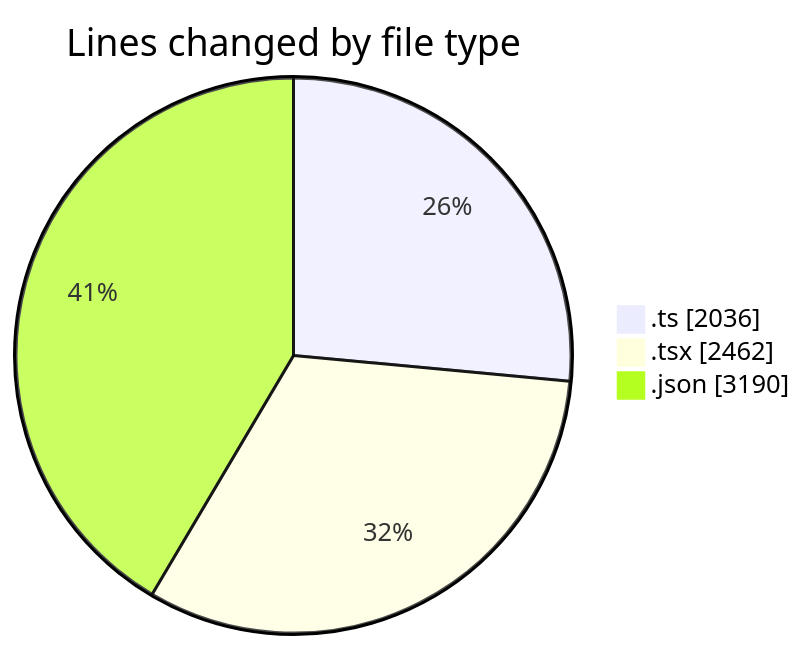
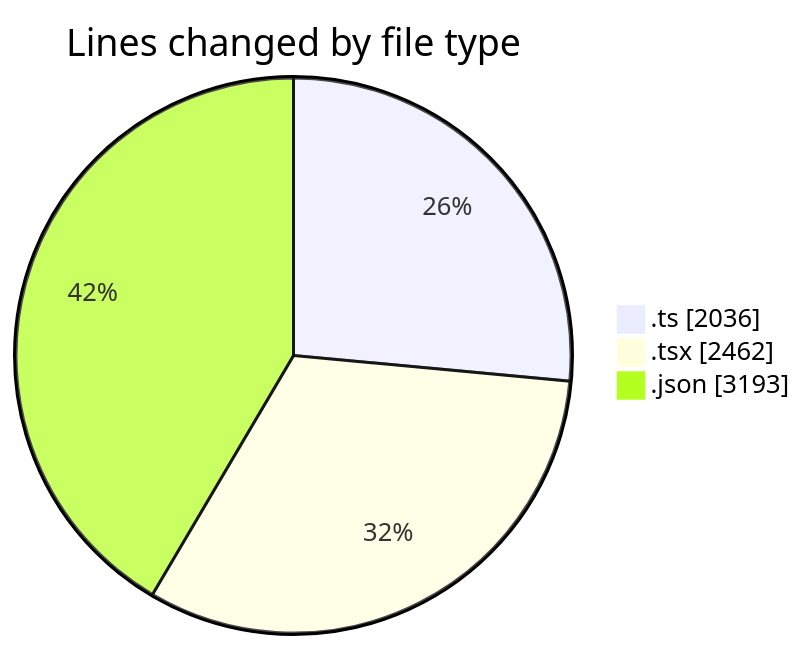
The first of 2 diagrams in 2025-10-23/eventscop-frontend-guide__workspace_/README.md (julien-gomy/code-tracking), drawn with Mermaid before and after one commit. The commit also changed other lines of this file and 1 other file, not shown here.

````diff
--- a/2025-10-23/eventscop-frontend-guide__workspace_/README.md
+++ b/2025-10-23/eventscop-frontend-guide__workspace_/README.md
@@ -37,7 +37,7 @@
 ```mermaid
 pie showData
 title Lines changed by file type
 ".ts" : 2036
 ".tsx" : 2462
-".json" : 3190
+".json" : 3193
 ```
````
